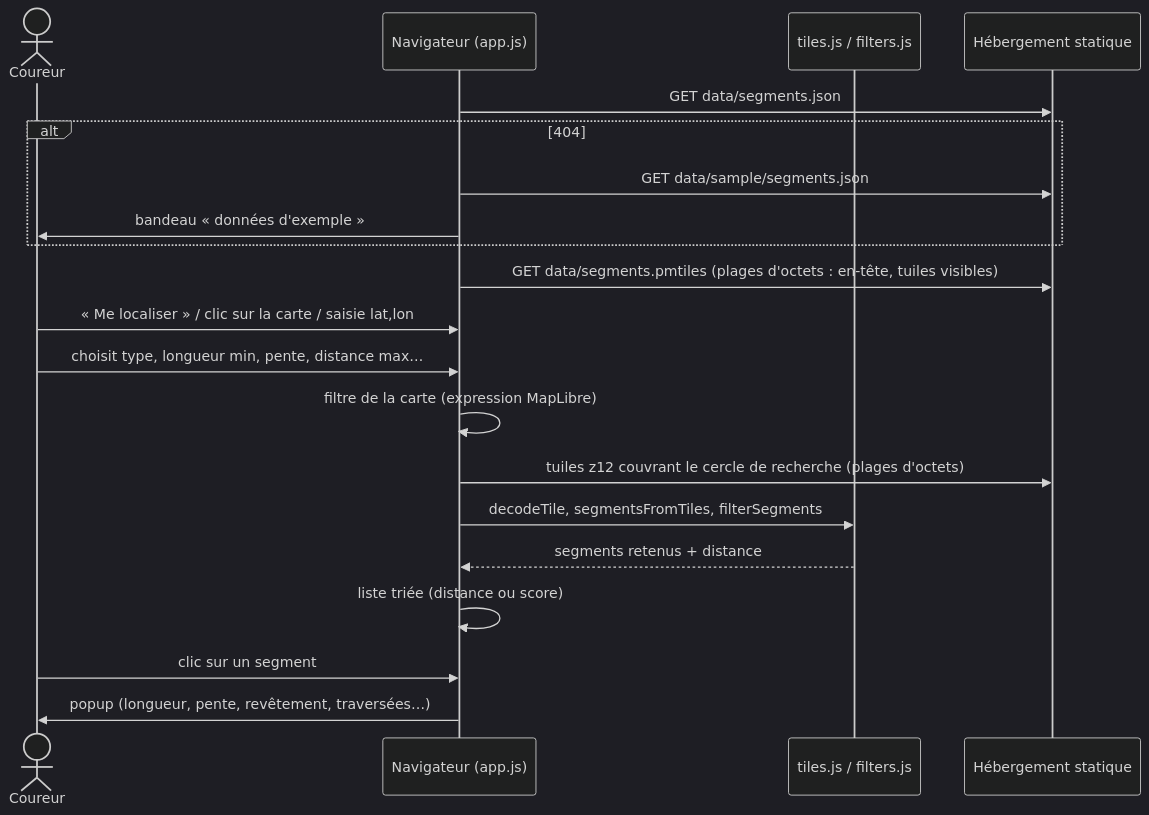
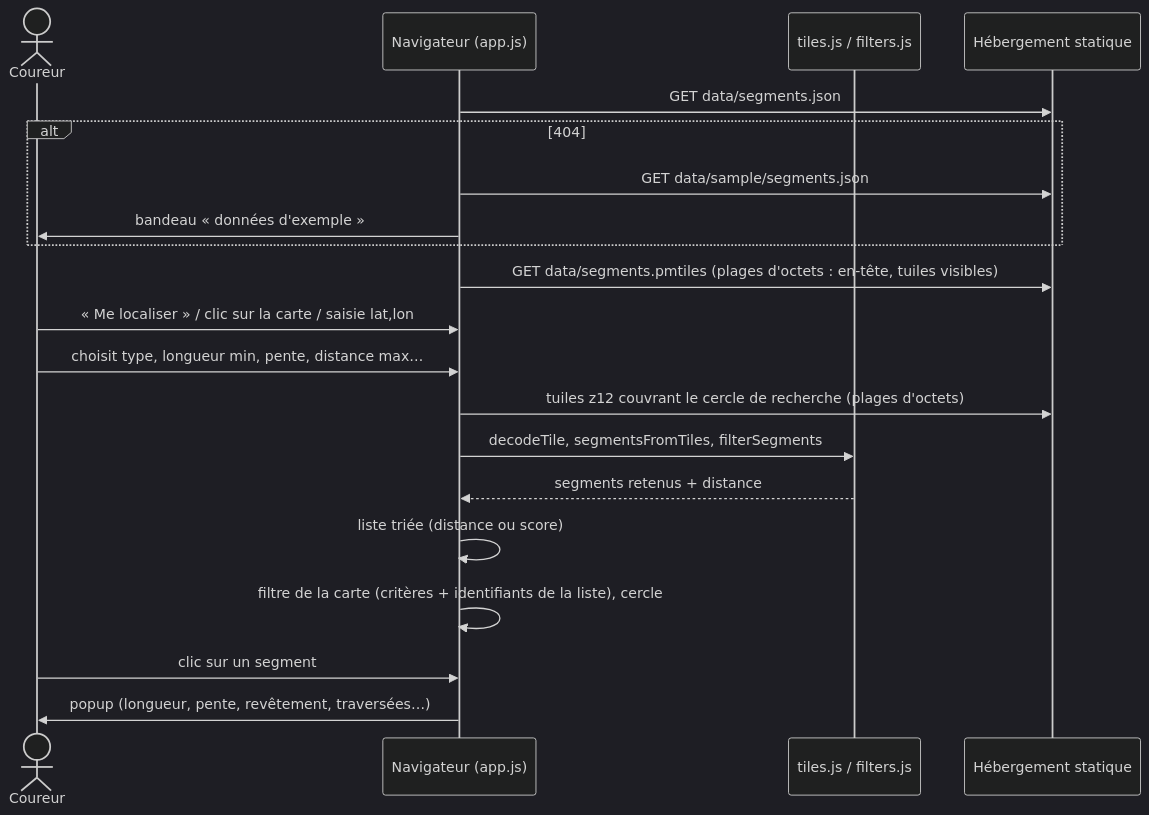
One commit to jsilobre/Flat-segments changed the second of 4 diagrams in docs/architecture.md. Above: the diagram before and after it, drawn with Mermaid (dark theme). The commit also changed other lines of this file and 1 other file, not shown here.

First line of the commit message:
docs: map limited to the search circle

````diff
--- a/docs/architecture.md
+++ b/docs/architecture.md
@@ -204,23 +208,23 @@
 ```mermaid
 sequenceDiagram
     actor U as Coureur
     participant B as Navigateur (app.js)
     participant T as tiles.js / filters.js
     participant S as Hébergement statique
 
     B->>S: GET data/segments.json
     alt 404
         B->>S: GET data/sample/segments.json
         B->>U: bandeau « données d'exemple »
     end
     B->>S: GET data/segments.pmtiles (plages d'octets : en-tête, tuiles visibles)
     U->>B: « Me localiser » / clic sur la carte / saisie lat,lon
     U->>B: choisit type, longueur min, pente, distance max…
-    B->>B: filtre de la carte (expression MapLibre)
     B->>S: tuiles z12 couvrant le cercle de recherche (plages d'octets)
     B->>T: decodeTile, segmentsFromTiles, filterSegments
     T-->>B: segments retenus + distance
     B->>B: liste triée (distance ou score)
+    B->>B: filtre de la carte (critères + identifiants de la liste), cercle
     U->>B: clic sur un segment
     B->>U: popup (longueur, pente, revêtement, traversées…)
 ```
````
